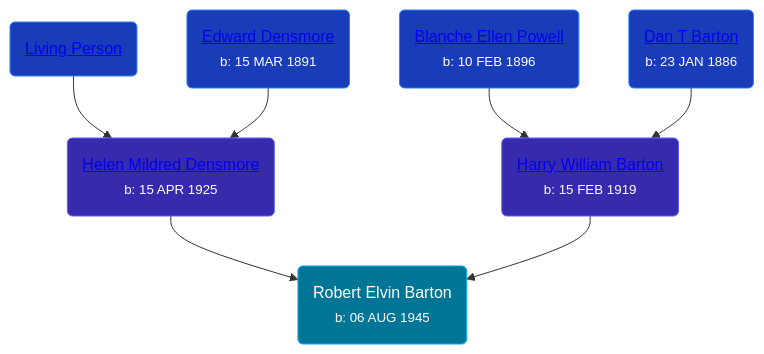
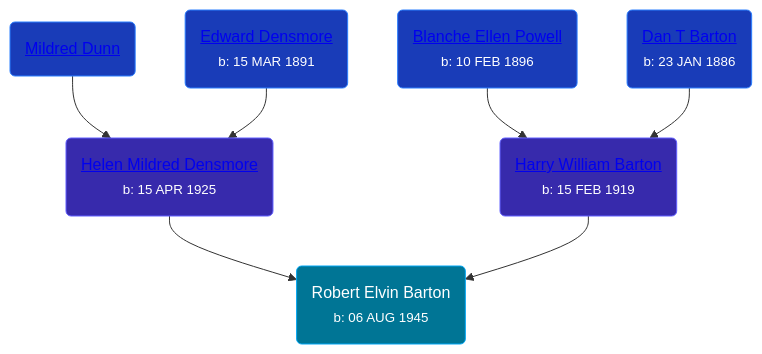
Before and after one commit to wpmgotkh/wpmgotkh.github.io: the diagram in pages/people/4/48782300.md, drawn with Mermaid. The commit also changed 586 other files, not shown here.

Commit message:
feat: better shouldConsiderPersonLiving algo

````diff
--- a/pages/people/4/48782300.md
+++ b/pages/people/4/48782300.md
@@ -11,13 +11,13 @@
 ```mermaid
 graph
 classDef grands fill:#193cb8,stroke:#2b7fff,stroke-width:1px,color:#fff;
 classDef parents fill:#372aac,stroke:#615fff,stroke-width:1px,color:#fff;
 classDef primary fill:#007595,stroke:#00a6f4,stroke-width:1px,color:#fff;
 48782300(Robert Elvin Barton<br /><small>b: 06 AUG 1945</small>):::primary
 54702290(<a class="text-white" href="/people/5/54702290">Helen Mildred Densmore</a><br /><small>b: 15 APR 1925</small>):::parents-->48782300
-7869963(<a class="text-white" href="/people/7/7869963">Living Person</a>):::grands-->54702290
+7869963(<a class="text-white" href="/people/7/7869963">Mildred Dunn</a>):::grands-->54702290
 75117844(<a class="text-white" href="/people/7/75117844">Edward Densmore</a><br /><small>b: 15 MAR 1891</small>):::grands-->54702290
 83492690(<a class="text-white" href="/people/8/83492690">Harry William Barton</a><br /><small>b: 15 FEB 1919</small>):::parents-->48782300
 88023024(<a class="text-white" href="/people/8/88023024">Blanche Ellen Powell</a><br /><small>b: 10 FEB 1896</small>):::grands-->83492690
 95106328(<a class="text-white" href="/people/9/95106328">Dan T Barton</a><br /><small>b: 23 JAN 1886</small>):::grands-->83492690
 ```
````
